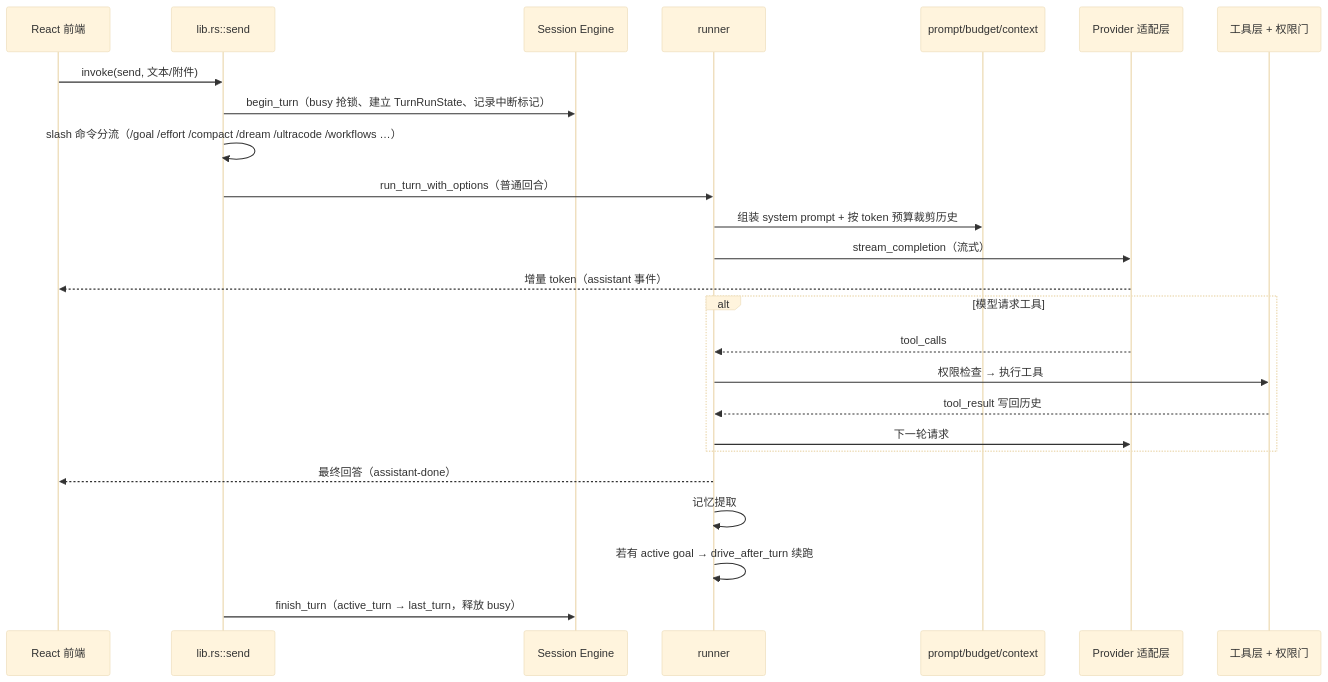
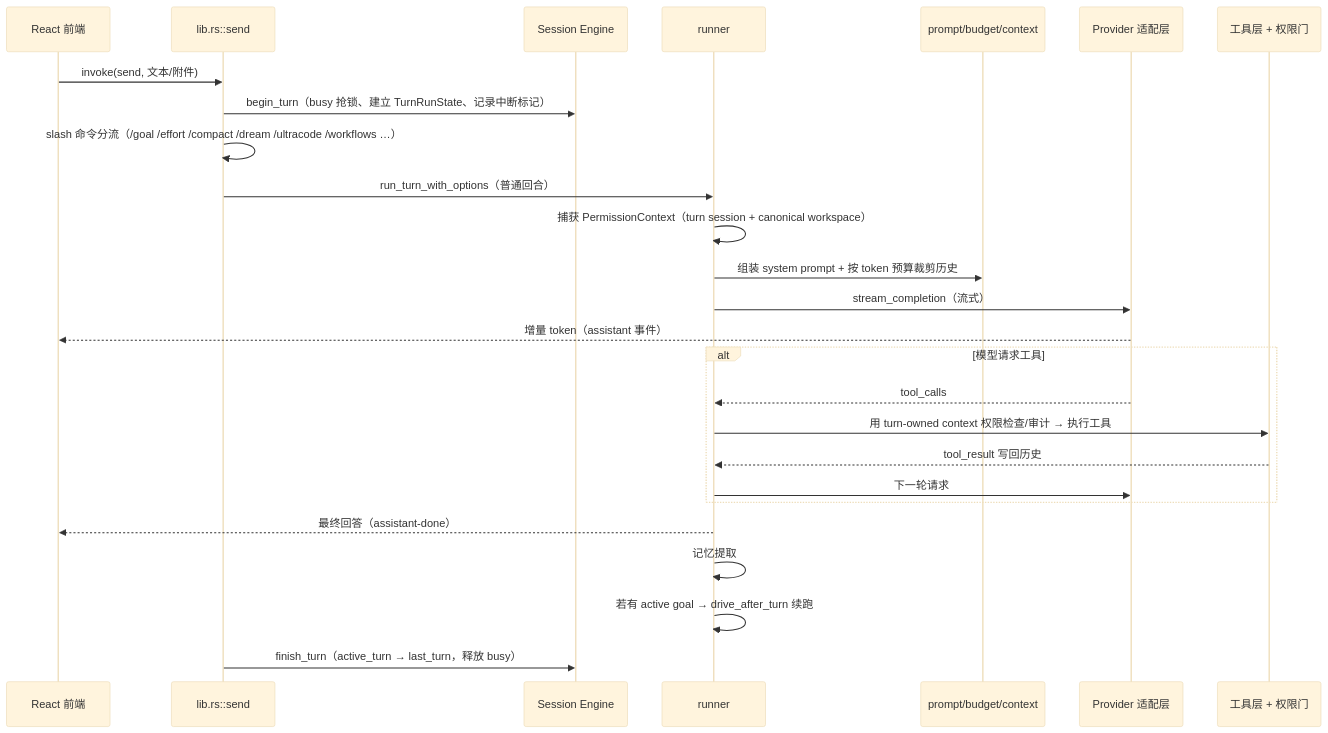
One commit to Dancncn/Demiurge changed the second of 2 diagrams in docs/modules/01-architecture-overview.md. Above: the diagram before and after it, drawn with Mermaid (base theme). The commit also changed other lines of this file and 16 other files, not shown here.

````diff
--- a/docs/modules/01-architecture-overview.md
+++ b/docs/modules/01-architecture-overview.md
@@ -93,28 +93,29 @@
 ```mermaid
 sequenceDiagram
     participant UI as React 前端
     participant LIB as lib.rs::send
     participant SE as Session Engine
     participant RUN as runner
     participant PB as prompt/budget/context
     participant LLM as Provider 适配层
     participant TOOL as 工具层 + 权限门
 
     UI->>LIB: invoke(send, 文本/附件)
     LIB->>SE: begin_turn（busy 抢锁、建立 TurnRunState、记录中断标记）
     LIB->>LIB: slash 命令分流（/goal /effort /compact /dream /ultracode /workflows …）
     LIB->>RUN: run_turn_with_options（普通回合）
+    RUN->>RUN: 捕获 PermissionContext（turn session + canonical workspace）
     RUN->>PB: 组装 system prompt + 按 token 预算裁剪历史
     RUN->>LLM: stream_completion（流式）
     LLM-->>UI: 增量 token（assistant 事件）
     alt 模型请求工具
         LLM-->>RUN: tool_calls
-        RUN->>TOOL: 权限检查 → 执行工具
+        RUN->>TOOL: 用 turn-owned context 权限检查/审计 → 执行工具
         TOOL-->>RUN: tool_result 写回历史
         RUN->>LLM: 下一轮请求
     end
     RUN-->>UI: 最终回答（assistant-done）
     RUN->>RUN: 记忆提取
     RUN->>RUN: 若有 active goal → drive_after_turn 续跑
     LIB->>SE: finish_turn（active_turn → last_turn，释放 busy）
 ```
````
